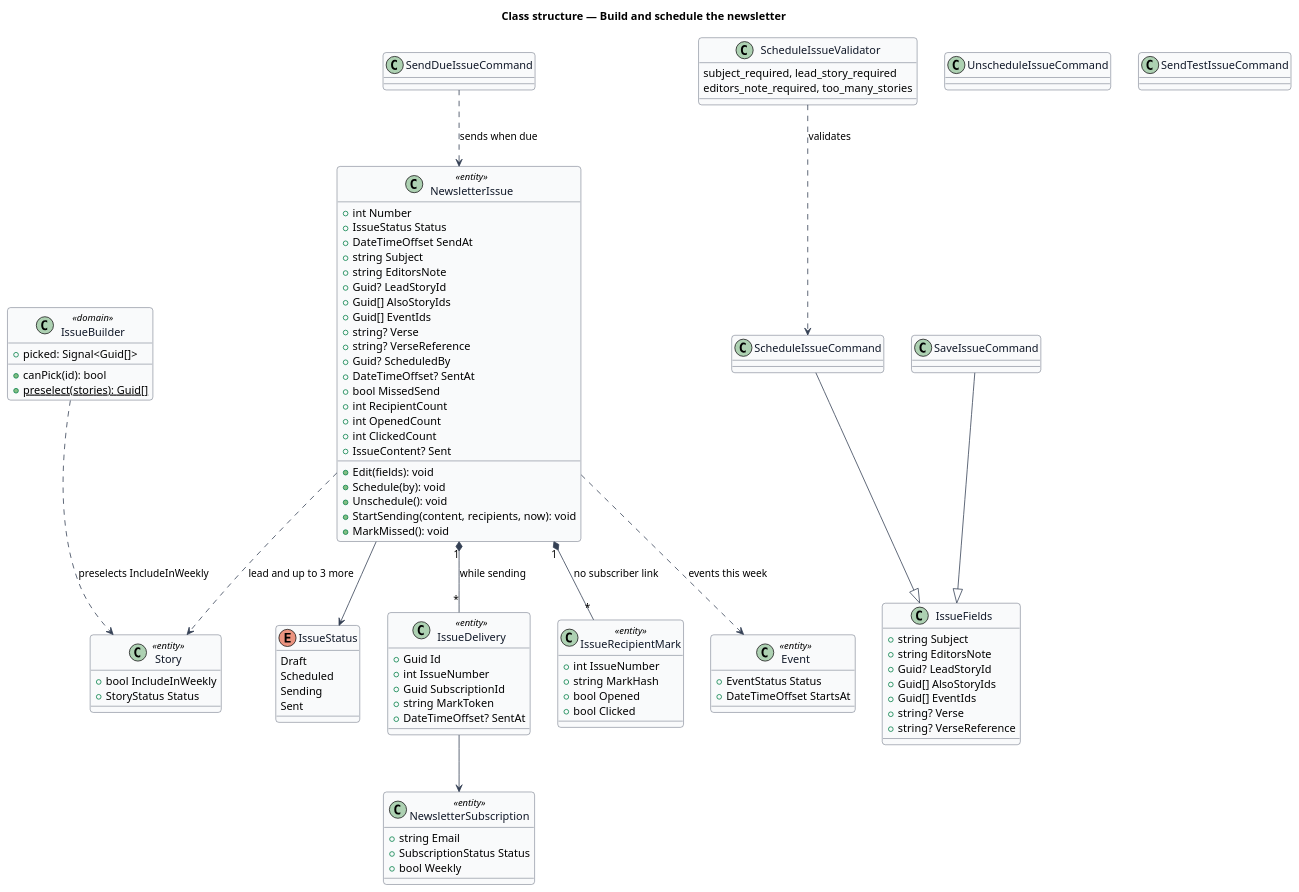
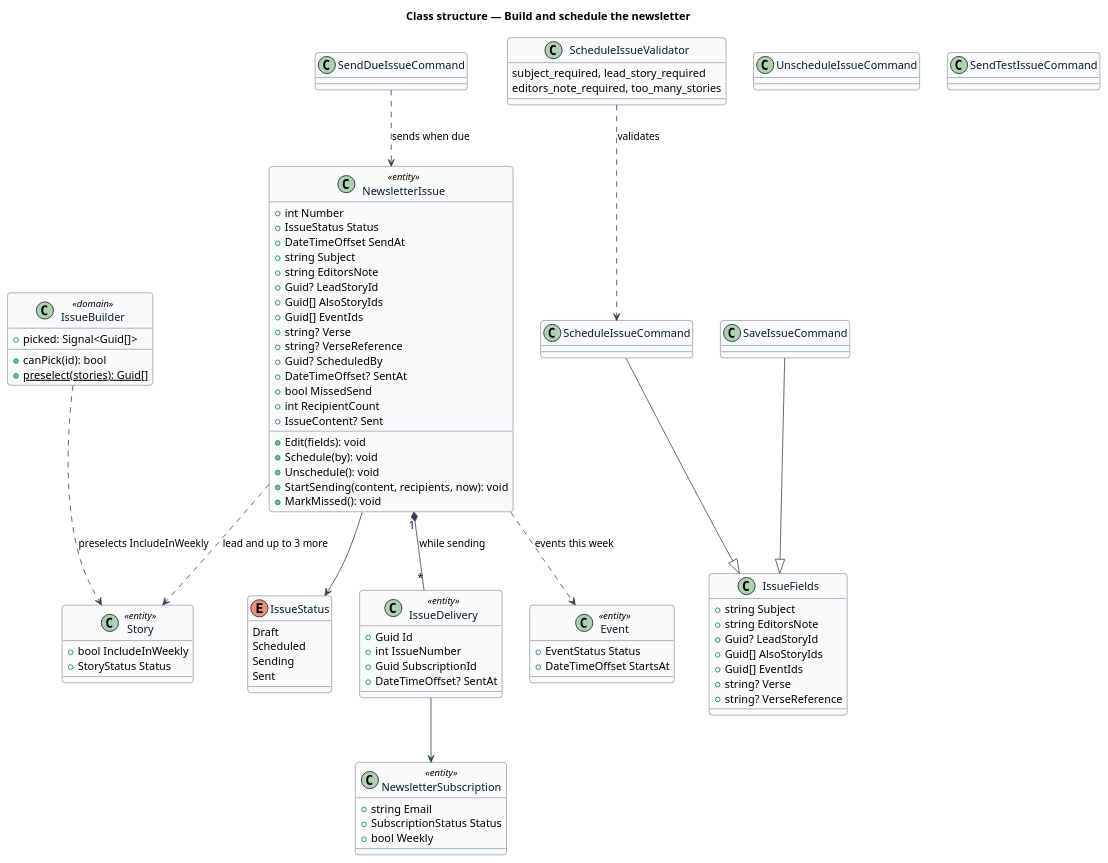
One commit to QuinntyneBrown/christian-fitness changed the diagram in docs/detailed-designs/publishing/build-and-schedule-newsletter/diagrams/class.puml. Above: the diagram before and after it, drawn with PlantUML. The commit also changed 41 other files, not shown here.

```diff
--- a/docs/detailed-designs/publishing/build-and-schedule-newsletter/diagrams/class.puml
+++ b/docs/detailed-designs/publishing/build-and-schedule-newsletter/diagrams/class.puml
@@ -1,104 +1,94 @@
 @startuml
 skinparam backgroundColor #FFFFFF
 skinparam shadowing false
 skinparam roundcorner 8
 skinparam defaultFontName Arial
 skinparam ArrowColor #344054
 skinparam class {
   BorderColor #344054
   FontColor #101828
   BackgroundColor #F9FAFB
 }
 title Class structure — Build and schedule the newsletter
 
 enum IssueStatus {
   Draft
   Scheduled
   Sending
   Sent
 }
 class NewsletterIssue <<entity>> {
   +int Number
   +IssueStatus Status
   +DateTimeOffset SendAt
   +string Subject
   +string EditorsNote
   +Guid? LeadStoryId
   +Guid[] AlsoStoryIds
   +Guid[] EventIds
   +string? Verse
   +string? VerseReference
   +Guid? ScheduledBy
   +DateTimeOffset? SentAt
   +bool MissedSend
   +int RecipientCount
-  +int OpenedCount
-  +int ClickedCount
   +IssueContent? Sent
   +Edit(fields): void
   +Schedule(by): void
   +Unschedule(): void
   +StartSending(content, recipients, now): void
   +MarkMissed(): void
 }
 class IssueDelivery <<entity>> {
   +Guid Id
   +int IssueNumber
   +Guid SubscriptionId
-  +string MarkToken
   +DateTimeOffset? SentAt
-}
-class IssueRecipientMark <<entity>> {
-  +int IssueNumber
-  +string MarkHash
-  +bool Opened
-  +bool Clicked
 }
 class NewsletterSubscription <<entity>> {
   +string Email
   +SubscriptionStatus Status
   +bool Weekly
 }
 class Story <<entity>> {
   +bool IncludeInWeekly
   +StoryStatus Status
 }
 class Event <<entity>> {
   +EventStatus Status
   +DateTimeOffset StartsAt
 }
 class IssueFields {
   +string Subject
   +string EditorsNote
   +Guid? LeadStoryId
   +Guid[] AlsoStoryIds
   +Guid[] EventIds
   +string? Verse
   +string? VerseReference
 }
 class ScheduleIssueCommand
 class SaveIssueCommand
 class UnscheduleIssueCommand
 class SendTestIssueCommand
 class SendDueIssueCommand
 class ScheduleIssueValidator {
   subject_required, lead_story_required
   editors_note_required, too_many_stories
 }
 class IssueBuilder <<domain>> {
   +picked: Signal<Guid[]>
   +canPick(id): bool
   +{static} preselect(stories): Guid[]
 }
 NewsletterIssue --> IssueStatus
 NewsletterIssue ..> Story : lead and up to 3 more
 NewsletterIssue ..> Event : events this week
 NewsletterIssue "1" *-- "*" IssueDelivery : while sending
-NewsletterIssue "1" *-- "*" IssueRecipientMark : no subscriber link
 IssueDelivery --> NewsletterSubscription
 SaveIssueCommand --|> IssueFields
 ScheduleIssueCommand --|> IssueFields
 ScheduleIssueValidator ..> ScheduleIssueCommand : validates
 SendDueIssueCommand ..> NewsletterIssue : sends when due
 IssueBuilder ..> Story : preselects IncludeInWeekly
 @enduml
```
